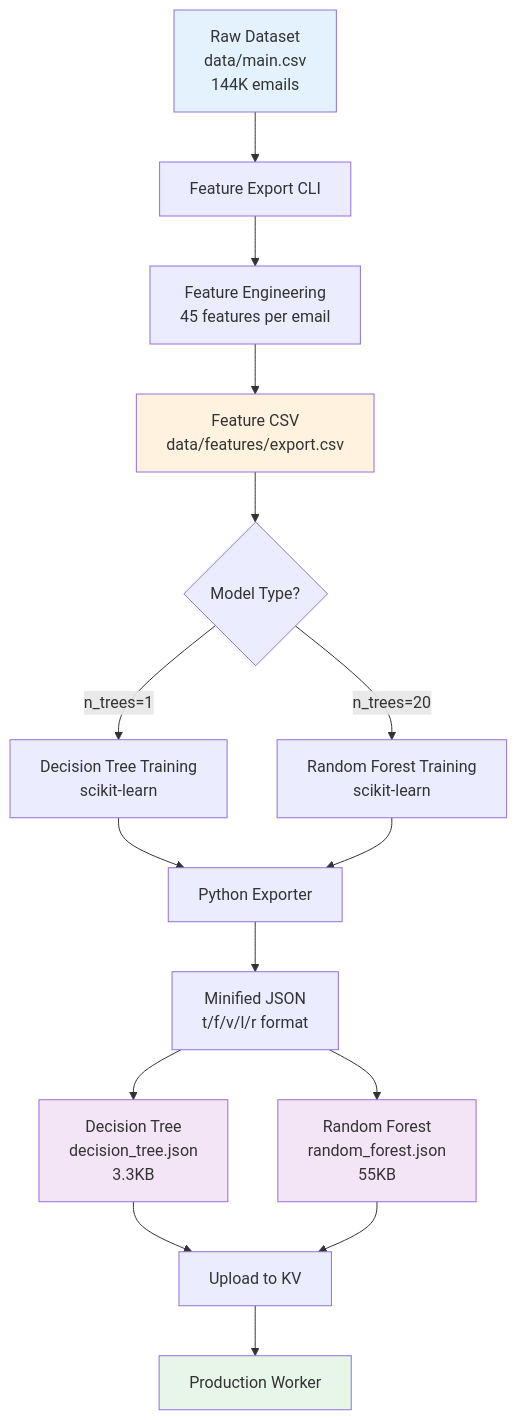
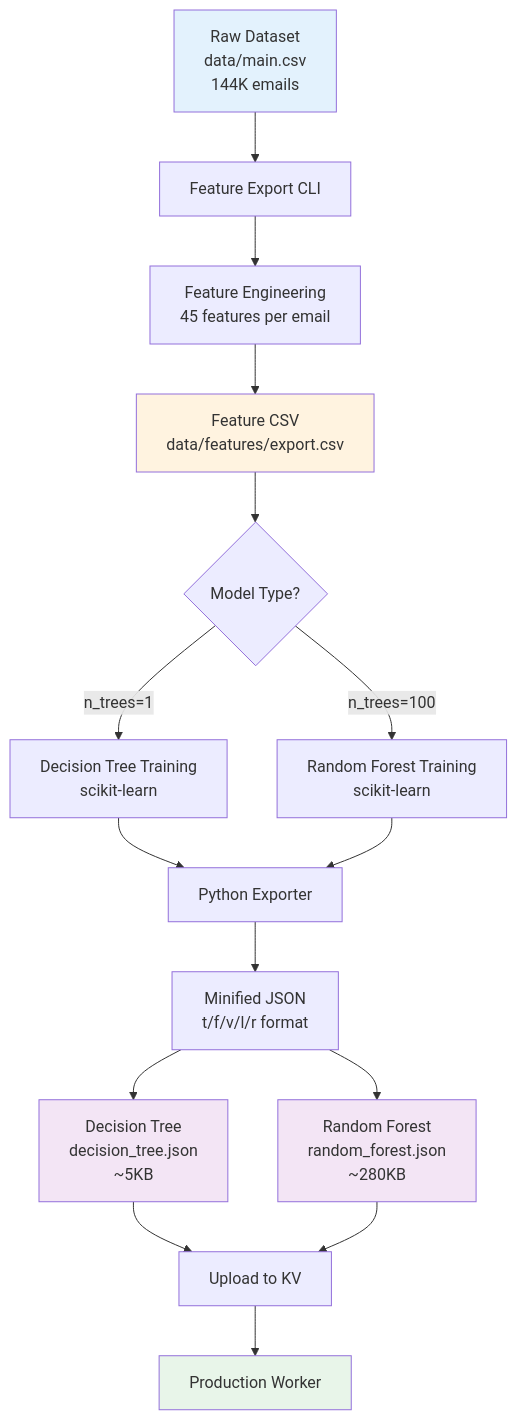
The third of 7 diagrams in docs/ARCHITECTURE.md (erfianugrah/markov-mail), drawn with Mermaid before and after one commit. The commit also changed other lines of this file and 18 other files, not shown here.

First line of the commit message:
Refactor model architecture and add comprehensive documentation

````diff
--- a/docs/ARCHITECTURE.md
+++ b/docs/ARCHITECTURE.md
@@ -169,30 +169,30 @@
 ```mermaid
 flowchart TD
     A[Raw Dataset<br/>data/main.csv<br/>144K emails] --> B[Feature Export CLI]
     B --> C[Feature Engineering<br/>45 features per email]
     C --> D[Feature CSV<br/>data/features/export.csv]
 
     D --> E{Model Type?}
 
     E -->|n_trees=1| F[Decision Tree Training<br/>scikit-learn]
-    E -->|n_trees=20| G[Random Forest Training<br/>scikit-learn]
+    E -->|n_trees=100| G[Random Forest Training<br/>scikit-learn]
 
     F --> H[Python Exporter]
     G --> H
 
     H --> I[Minified JSON<br/>t/f/v/l/r format]
 
-    I --> J[Decision Tree<br/>decision_tree.json<br/>3.3KB]
-    I --> K[Random Forest<br/>random_forest.json<br/>55KB]
+    I --> J[Decision Tree<br/>decision_tree.json<br/>~5KB]
+    I --> K[Random Forest<br/>random_forest.json<br/>~280KB]
 
     J --> L[Upload to KV]
     K --> L
 
     L --> M[Production Worker]
 
     style A fill:#e3f2fd
     style D fill:#fff3e0
     style J fill:#f3e5f5
     style K fill:#f3e5f5
     style M fill:#e8f5e9
 ```
````
